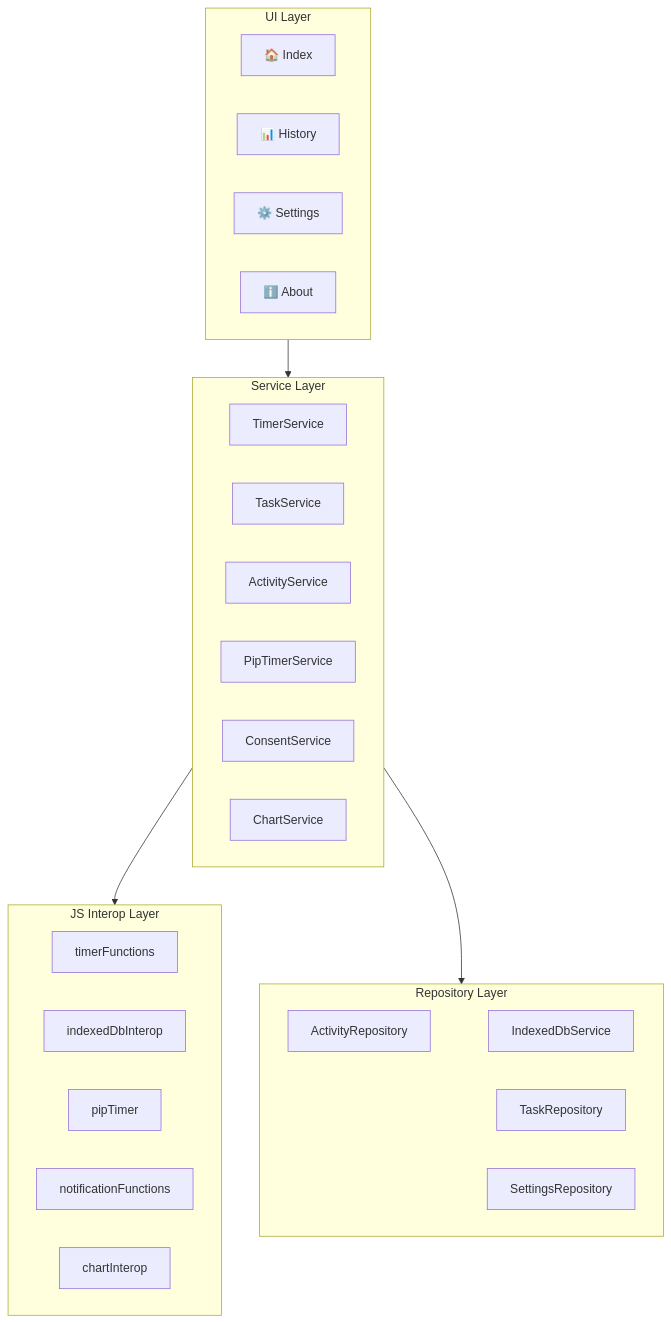
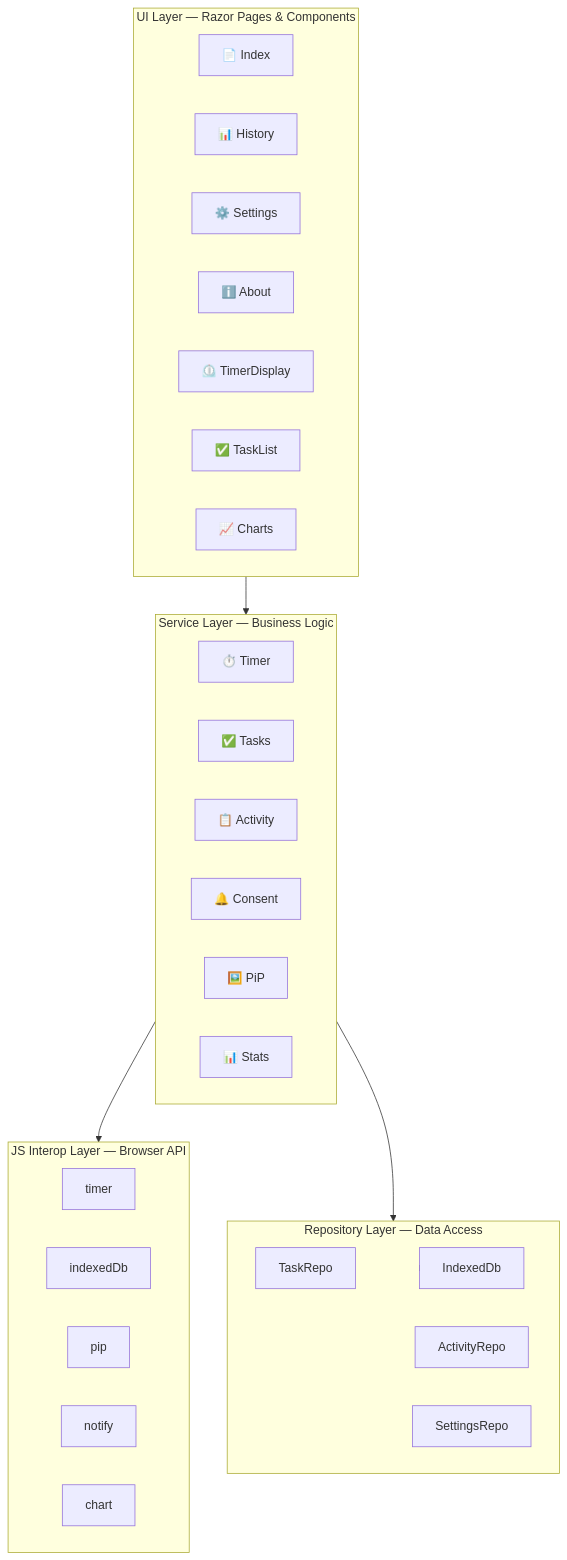
One commit to Nayeem170/Pomodoro changed the first of 11 diagrams in CODEMAP.md. Above: the diagram before and after it, drawn with Mermaid.

Commit message:
docs: redraw Architecture Overview with components and short labels

````diff
--- a/CODEMAP.md
+++ b/CODEMAP.md
@@ -7,42 +7,45 @@
 ```mermaid
 graph TB
-    subgraph UI["UI Layer"]
+    subgraph UI["UI Layer — Razor Pages & Components"]
         direction LR
-        Index["🏠 Index"]
+        Index["📄 Index"]
         History["📊 History"]
         Settings["⚙️ Settings"]
         About["ℹ️ About"]
+        TimerDisplay["⏲️ TimerDisplay"]
+        TaskList["✅ TaskList"]
+        Charts["📈 Charts"]
     end
 
-    subgraph Services["Service Layer"]
+    subgraph Services["Service Layer — Business Logic"]
         direction LR
-        Timer["TimerService"]
-        Task["TaskService"]
-        Activity["ActivityService"]
-        Pip["PipTimerService"]
-        Consent["ConsentService"]
-        Chart["ChartService"]
+        Timer["⏱️ Timer"]
+        Task["✅ Tasks"]
+        Activity["📋 Activity"]
+        Consent["🔔 Consent"]
+        Pip["🖼️ PiP"]
+        Stats["📊 Stats"]
     end
 
-    subgraph Repos["Repository Layer"]
+    subgraph Repos["Repository Layer — Data Access"]
         direction LR
-        ActRepo["ActivityRepository"]
-        TaskRepo["TaskRepository"]
-        SettingsRepo["SettingsRepository"]
-        IDB["IndexedDbService"]
+        TaskRepo["TaskRepo"]
+        ActRepo["ActivityRepo"]
+        SettingsRepo["SettingsRepo"]
+        IDB["IndexedDb"]
     end
 
-    subgraph JS["JS Interop Layer"]
+    subgraph JS["JS Interop Layer — Browser API"]
         direction LR
-        TimerJS["timerFunctions"]
-        IDBJS["indexedDbInterop"]
-        PipJS["pipTimer"]
-        NotifJS["notificationFunctions"]
-        ChartJS["chartInterop"]
+        TimerJS["timer"]
+        IDBJS["indexedDb"]
+        PipJS["pip"]
+        NotifJS["notify"]
+        ChartJS["chart"]
     end
 
     UI --> Services
     Services --> Repos
     Repos --> IDB
     Services --> JS
 ```
````
